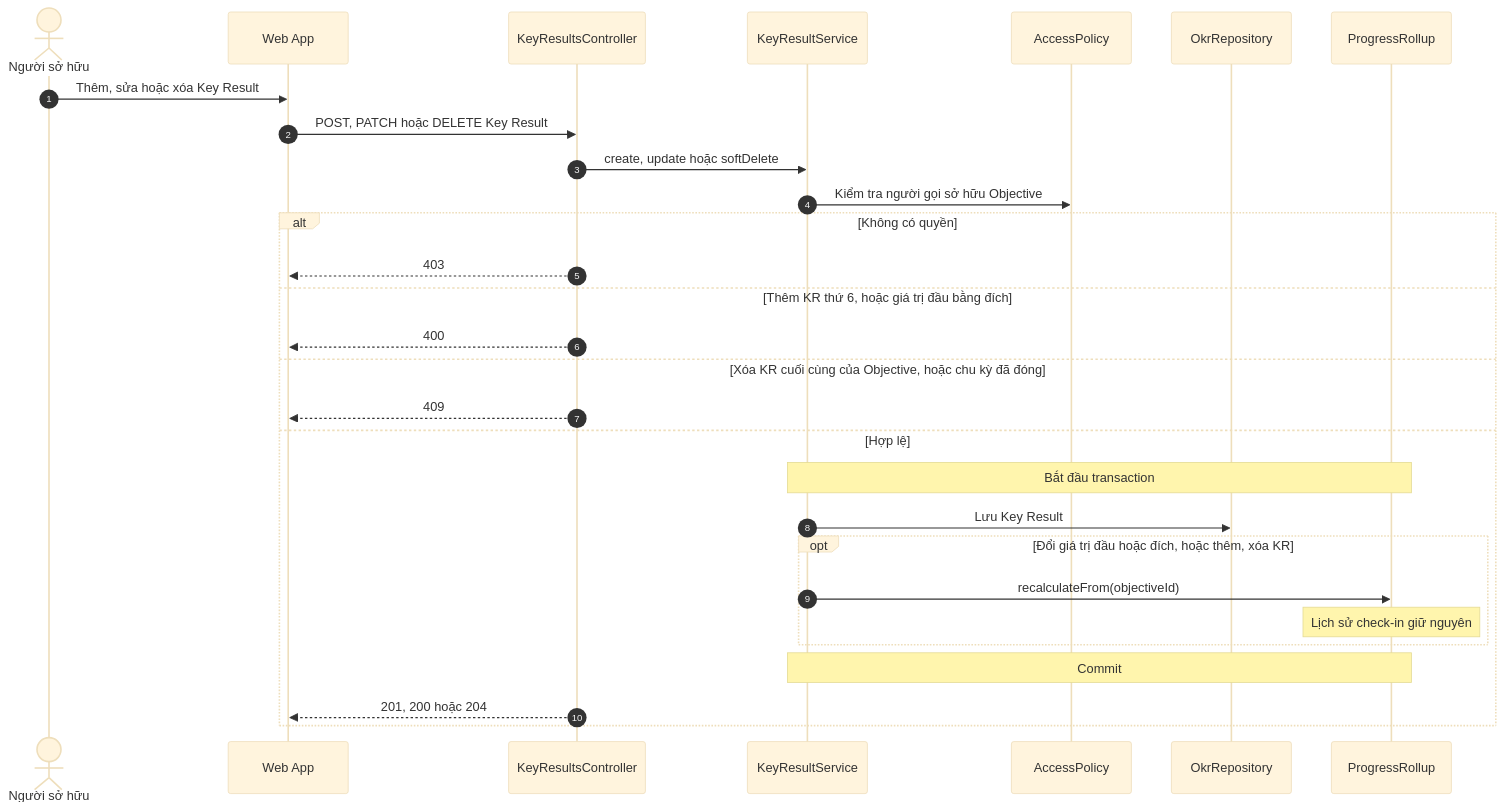
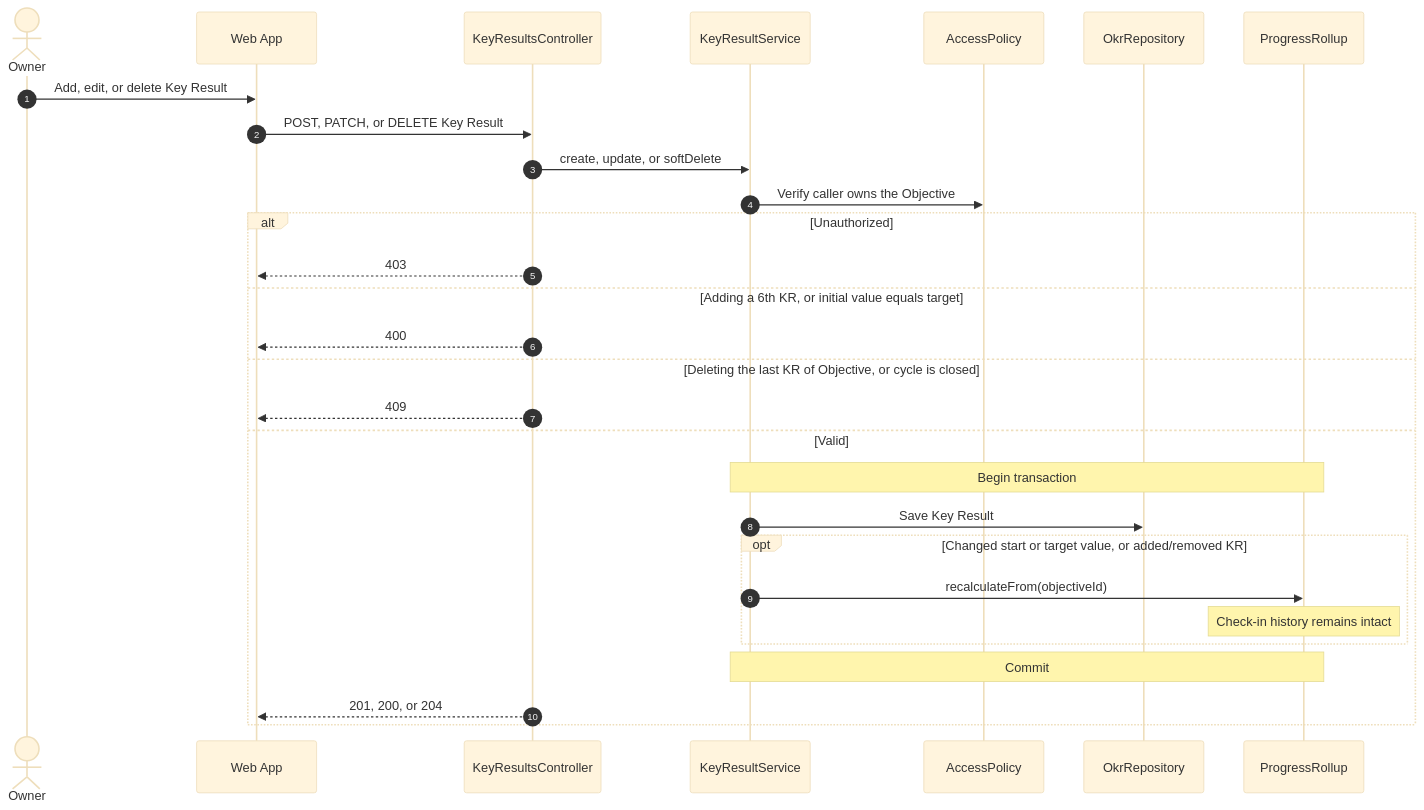
One commit to Akaza-ban/OCK-360 changed the ninth of 32 diagrams in docs/architecture/sequence-diagrams.md. Above: the diagram before and after it, drawn with Mermaid (base theme). The commit also changed other lines of this file and 24 other files, not shown here.

````diff
--- a/docs/architecture/sequence-diagrams.md
+++ b/docs/architecture/sequence-diagrams.md
@@ -340,32 +340,32 @@
 ```mermaid
 sequenceDiagram
     autonumber
-    actor U as Người sở hữu
+    actor U as Owner
     participant W as Web App
     participant C as KeyResultsController
     participant S as KeyResultService
     participant P as AccessPolicy
     participant R as OkrRepository
     participant RU as ProgressRollup
 
-    U->>W: Thêm, sửa hoặc xóa Key Result
-    W->>C: POST, PATCH hoặc DELETE Key Result
-    C->>S: create, update hoặc softDelete
-    S->>P: Kiểm tra người gọi sở hữu Objective
-    alt Không có quyền
+    U->>W: Add, edit, or delete Key Result
+    W->>C: POST, PATCH, or DELETE Key Result
+    C->>S: create, update, or softDelete
+    S->>P: Verify caller owns the Objective
+    alt Unauthorized
         C-->>W: 403
-    else Thêm KR thứ 6, hoặc giá trị đầu bằng đích
+    else Adding a 6th KR, or initial value equals target
         C-->>W: 400
-    else Xóa KR cuối cùng của Objective, hoặc chu kỳ đã đóng
+    else Deleting the last KR of Objective, or cycle is closed
         C-->>W: 409
-    else Hợp lệ
-        Note over S,RU: Bắt đầu transaction
-        S->>R: Lưu Key Result
-        opt Đổi giá trị đầu hoặc đích, hoặc thêm, xóa KR
+    else Valid
+        Note over S,RU: Begin transaction
+        S->>R: Save Key Result
+        opt Changed start or target value, or added/removed KR
             S->>RU: recalculateFrom(objectiveId)
-            Note over RU: Lịch sử check-in giữ nguyên
+            Note over RU: Check-in history remains intact
         end
         Note over S,RU: Commit
-        C-->>W: 201, 200 hoặc 204
+        C-->>W: 201, 200, or 204
     end
 ```
````
